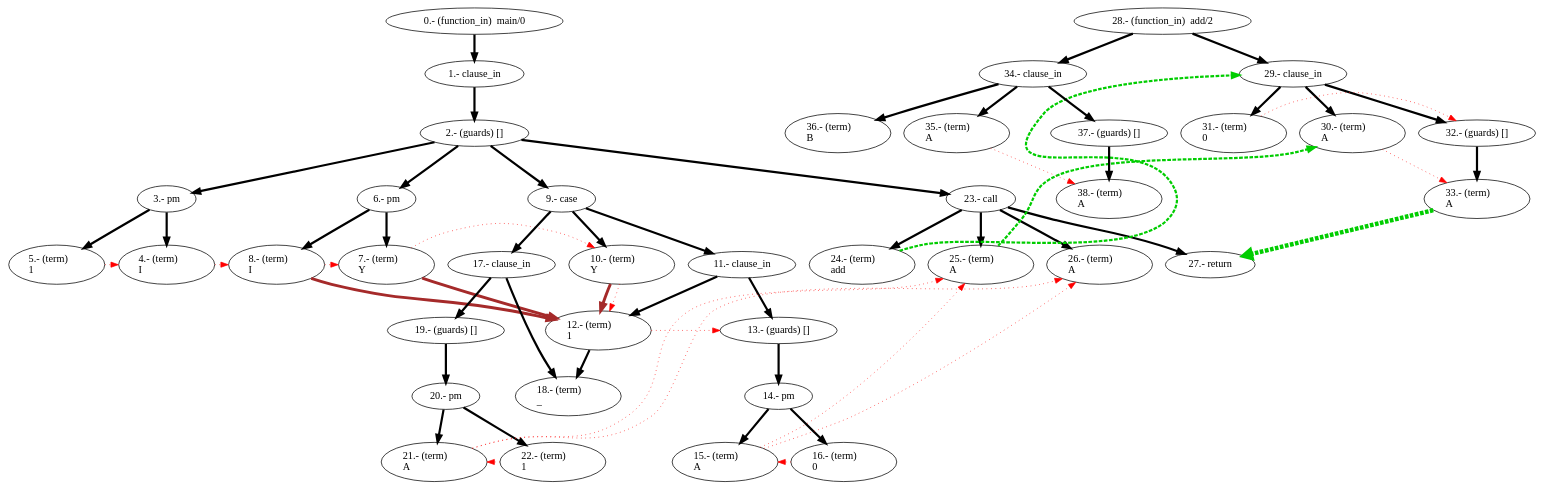
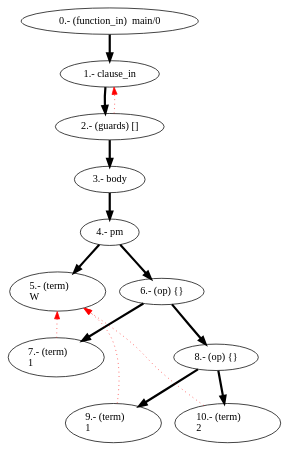
The diagram in temp.dot (mistupv/slicerl), drawn with Graphviz before and after one commit. The commit also changed 6 other files, not shown here.

```diff
--- a/temp.dot
+++ b/temp.dot
@@ -1,100 +1,27 @@
 digraph PDG {
 	0 [shape=ellipse, label="0.- (function_in)  main/0"];
 	1 [shape=ellipse, label="1.- clause_in"];
 	2 [shape=ellipse, label="2.- (guards) []"];
-	3 [shape=ellipse, label="3.- pm"];
-	4 [shape=ellipse, label="4.- (term)  \lI\l"];
-	5 [shape=ellipse, label="5.- (term)  \l1\l"];
-	6 [shape=ellipse, label="6.- pm"];
-	7 [shape=ellipse, label="7.- (term)  \lY\l"];
-	8 [shape=ellipse, label="8.- (term)  \lI\l"];
-	9 [shape=ellipse, label="9.- case"];
-	10 [shape=ellipse, label="10.- (term)  \lY\l"];
-	11 [shape=ellipse, label="11.- clause_in"];
-	12 [shape=ellipse, label="12.- (term)  \l1\l"];
-	13 [shape=ellipse, label="13.- (guards) []"];
-	14 [shape=ellipse, label="14.- pm"];
-	15 [shape=ellipse, label="15.- (term)  \lA\l"];
-	16 [shape=ellipse, label="16.- (term)  \l0\l"];
-	17 [shape=ellipse, label="17.- clause_in"];
-	18 [shape=ellipse, label="18.- (term)  \l_\l"];
-	19 [shape=ellipse, label="19.- (guards) []"];
-	20 [shape=ellipse, label="20.- pm"];
-	21 [shape=ellipse, label="21.- (term)  \lA\l"];
-	22 [shape=ellipse, label="22.- (term)  \l1\l"];
-	23 [shape=ellipse, label="23.- call"];
-	27 [shape=ellipse, label="27.- return"];
-	24 [shape=ellipse, label="24.- (term)  \ladd\l"];
-	25 [shape=ellipse, label="25.- (term)  \lA\l"];
-	26 [shape=ellipse, label="26.- (term)  \lA\l"];
-	28 [shape=ellipse, label="28.- (function_in)  add/2"];
-	29 [shape=ellipse, label="29.- clause_in"];
-	30 [shape=ellipse, label="30.- (term)  \lA\l"];
-	31 [shape=ellipse, label="31.- (term)  \l0\l"];
-	32 [shape=ellipse, label="32.- (guards) []"];
-	33 [shape=ellipse, label="33.- (term)  \lA\l"];
-	34 [shape=ellipse, label="34.- clause_in"];
-	35 [shape=ellipse, label="35.- (term)  \lA\l"];
-	36 [shape=ellipse, label="36.- (term)  \lB\l"];
-	37 [shape=ellipse, label="37.- (guards) []"];
-	38 [shape=ellipse, label="38.- (term)  \lA\l"];
-	20 -> 21 [color=black, penwidth=3];
-	8 -> 7 [color=red, constraint=false, style="dotted"];
-	7 -> 10 [color=red, constraint=false, style="dotted"];
-	16 -> 15 [color=red, constraint=false, style="dotted"];
+	4 [shape=ellipse, label="4.- pm"];
+	5 [shape=ellipse, label="5.- (term)  \lW\l"];
+	6 [shape=ellipse, label="6.- (op) {}"];
+	7 [shape=ellipse, label="7.- (term)  \l1\l"];
+	8 [shape=ellipse, label="8.- (op) {}"];
+	9 [shape=ellipse, label="9.- (term)  \l1\l"];
+	10 [shape=ellipse, label="10.- (term)  \l2\l"];
+	3 [shape=ellipse, label="3.- body"];
+	8 -> 9 [color=black, penwidth=3];
+	4 -> 5 [color=black, penwidth=3];
 	6 -> 8 [color=black, penwidth=3];
-	14 -> 16 [color=black, penwidth=3];
 	3 -> 4 [color=black, penwidth=3];
-	19 -> 20 [color=black, penwidth=3];
-	11 -> 12 [color=black, penwidth=3];
-	21 -> 25 [color=red, constraint=false, style="dotted"];
-	23 -> 24 [color=black, penwidth=3];
-	2 -> 23 [color=black, penwidth=3];
-	23 -> 27 [color=black, penwidth=3];
-	17 -> 19 [color=black, penwidth=3];
-	12 -> 13 [color=red, constraint=false, style="dotted"];
-	7 -> 12 [color=brown, penwidth=4, constraint=false];
-	9 -> 11 [color=black, penwidth=3];
-	12 -> 18 [color=black, penwidth=3];
-	4 -> 8 [color=red, constraint=false, style="dotted"];
 	6 -> 7 [color=black, penwidth=3];
-	14 -> 15 [color=black, penwidth=3];
-	8 -> 12 [color=brown, penwidth=4, constraint=false];
 	2 -> 3 [color=black, penwidth=3];
-	22 -> 21 [color=red, constraint=false, style="dotted"];
-	9 -> 17 [color=black, penwidth=3];
-	15 -> 26 [color=red, constraint=false, style="dotted"];
-	2 -> 6 [color=black, penwidth=3];
-	10 -> 12 [color=brown, penwidth=4, constraint=false];
-	10 -> 12 [color=red, constraint=false, style="dotted"];
-	23 -> 26 [color=black, penwidth=3];
-	2 -> 9 [color=black, penwidth=3];
-	20 -> 22 [color=black, penwidth=3];
-	17 -> 18 [color=black, penwidth=3];
-	13 -> 14 [color=black, penwidth=3];
-	9 -> 10 [color=black, penwidth=3];
+	2 -> 1 [color=red, constraint=false, style="dotted"];
+	7 -> 5 [color=red, constraint=false, style="dotted"];
+	8 -> 10 [color=black, penwidth=3];
+	4 -> 6 [color=black, penwidth=3];
+	9 -> 5 [color=red, constraint=false, style="dotted"];
 	1 -> 2 [color=black, penwidth=3];
-	5 -> 4 [color=red, constraint=false, style="dotted"];
-	15 -> 25 [color=red, constraint=false, style="dotted"];
-	3 -> 5 [color=black, penwidth=3];
-	11 -> 13 [color=black, penwidth=3];
-	21 -> 26 [color=red, constraint=false, style="dotted"];
-	23 -> 25 [color=black, penwidth=3];
-	32 -> 33 [color=black, penwidth=3];
-	35 -> 38 [color=red, constraint=false, style="dotted"];
-	29 -> 32 [color=black, penwidth=3];
-	34 -> 36 [color=black, penwidth=3];
-	30 -> 33 [color=red, constraint=false, style="dotted"];
-	29 -> 31 [color=black, penwidth=3];
-	34 -> 35 [color=black, penwidth=3];
-	31 -> 32 [color=red, constraint=false, style="dotted"];
-	37 -> 38 [color=black, penwidth=3];
-	29 -> 30 [color=black, penwidth=3];
-	34 -> 37 [color=black, penwidth=3];
-	28 -> 29 [color=black, penwidth=3];
-	28 -> 34 [color=black, penwidth=3];
+	10 -> 5 [color=red, constraint=false, style="dotted"];
 	0 -> 1 [color=black, penwidth=3];
-	24 -> 29 [color=green3, penwidth=3,constraint=false, style="dashed"];
-	25 -> 30 [color=green3, penwidth=3,constraint=false, style="dashed"];
-	33 -> 27 [color=green3, penwidth=6,constraint=false, style="dashed"];
 }
```
